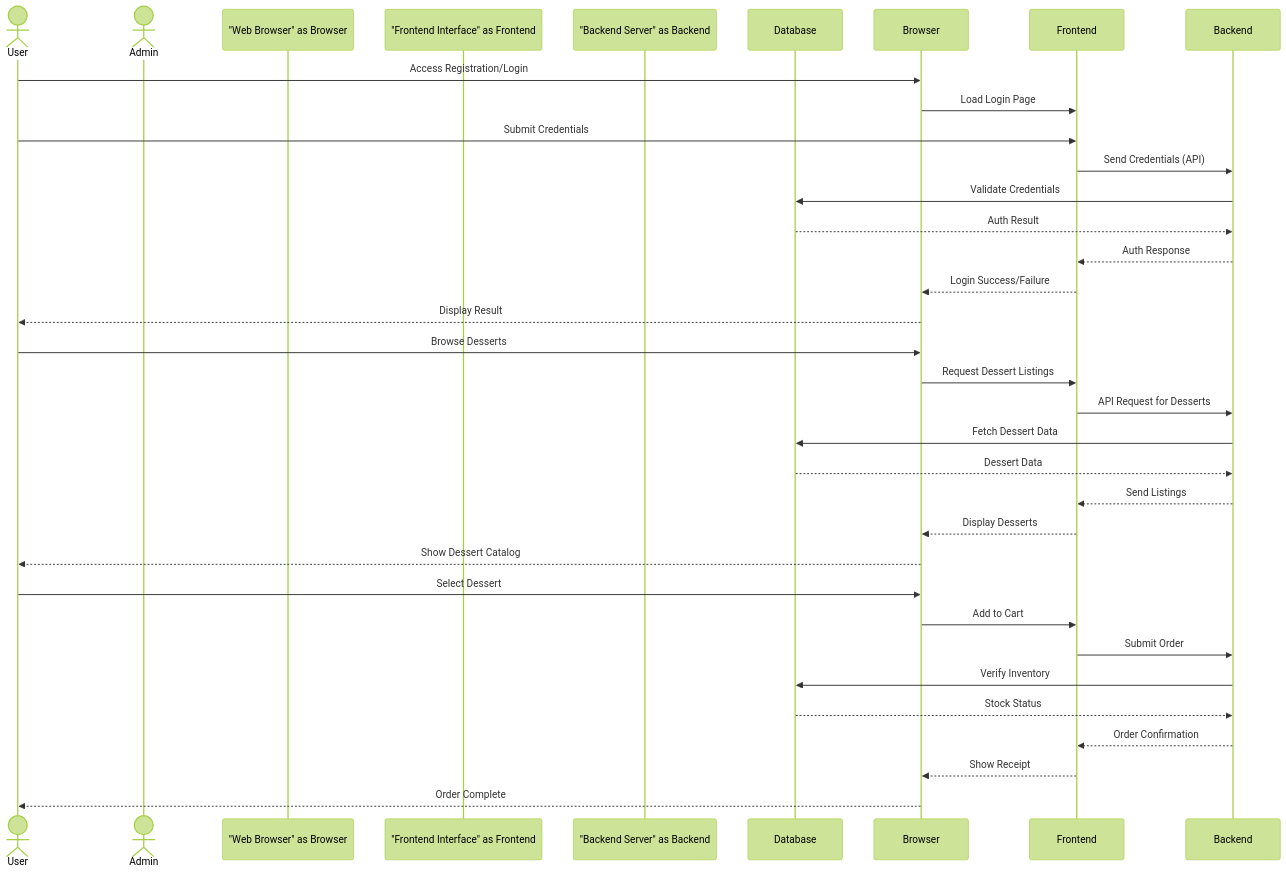
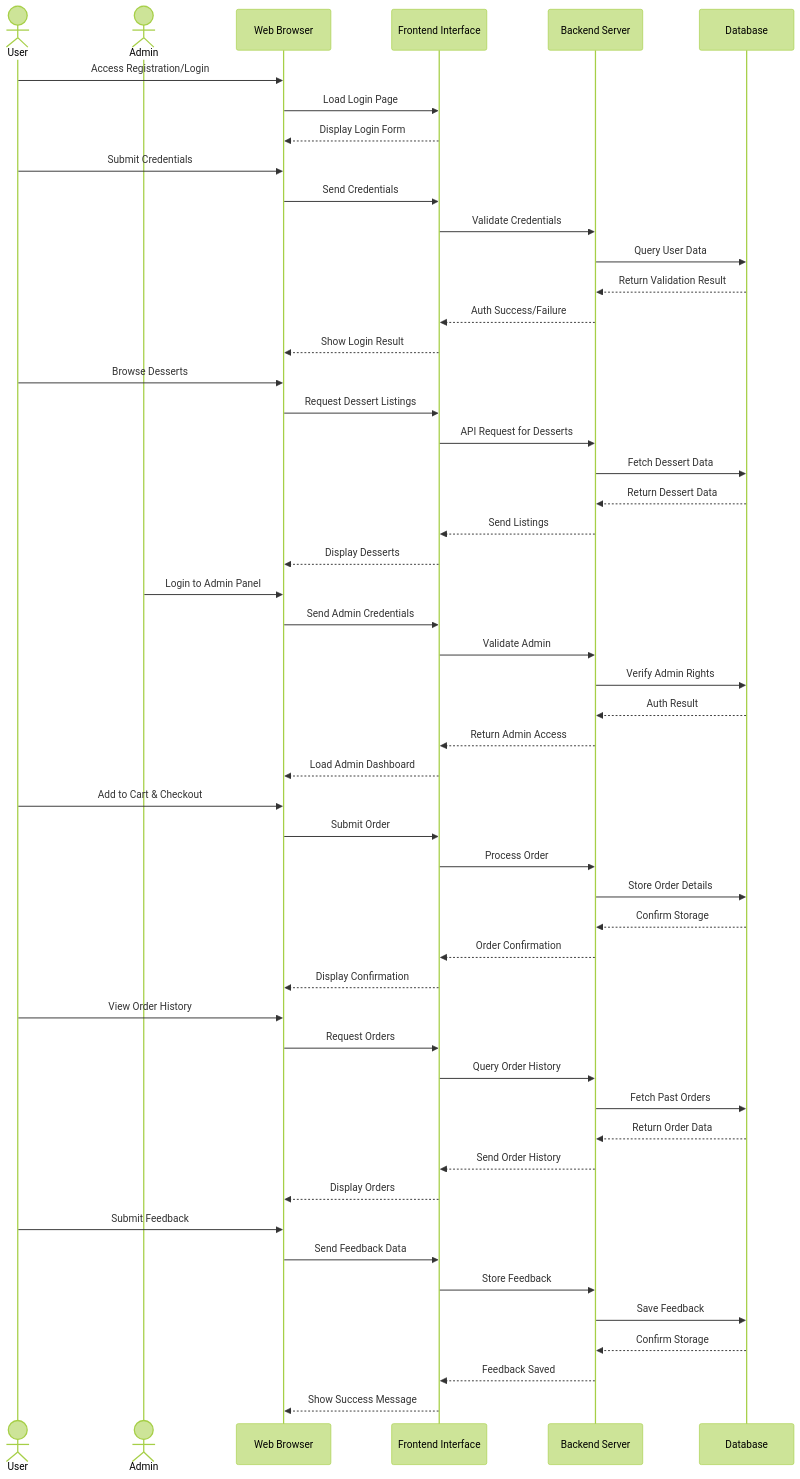
The second of 2 diagrams in README.md (5aizo/WebFinalProject), drawn with Mermaid (forest theme) before and after one commit.

````diff
--- a/README.md
+++ b/README.md
@@ -110,40 +110,66 @@
 ```mermaid
 sequenceDiagram
     actor User
     actor Admin
-    participant "Web Browser" as Browser
-    participant "Frontend Interface" as Frontend
-    participant "Backend Server" as Backend
+    participant Web Browser
+    participant Frontend Interface
+    participant Backend Server
     participant Database
 
-    %% User Registration & Login
-    User->>Browser: Access Registration/Login
-    Browser->>Frontend: Load Login Page
-    User->>Frontend: Submit Credentials
-    Frontend->>Backend: Send Credentials (API)
-    Backend->>Database: Validate Credentials
-    Database-->>Backend: Auth Result
-    Backend-->>Frontend: Auth Response
-    Frontend-->>Browser: Login Success/Failure
-    Browser-->>User: Display Result
+    %% --- User Registration & Login ---
+    User ->> Web Browser: Access Registration/Login
+    Web Browser ->> Frontend Interface: Load Login Page
+    Frontend Interface -->> Web Browser: Display Login Form
+    User ->> Web Browser: Submit Credentials
+    Web Browser ->> Frontend Interface: Send Credentials
+    Frontend Interface ->> Backend Server: Validate Credentials
+    Backend Server ->> Database: Query User Data
+    Database -->> Backend Server: Return Validation Result
+    Backend Server -->> Frontend Interface: Auth Success/Failure
+    Frontend Interface -->> Web Browser: Show Login Result
 
-    %% Browsing Desserts
-    User->>Browser: Browse Desserts
-    Browser->>Frontend: Request Dessert Listings
-    Frontend->>Backend: API Request for Desserts
-    Backend->>Database: Fetch Dessert Data
-    Database-->>Backend: Dessert Data
-    Backend-->>Frontend: Send Listings
-    Frontend-->>Browser: Display Desserts
-    Browser-->>User: Show Dessert Catalog
+    %% --- Browsing Desserts ---
+    User ->> Web Browser: Browse Desserts
+    Web Browser ->> Frontend Interface: Request Dessert Listings
+    Frontend Interface ->> Backend Server: API Request for Desserts
+    Backend Server ->> Database: Fetch Dessert Data
+    Database -->> Backend Server: Return Dessert Data
+    Backend Server -->> Frontend Interface: Send Listings
+    Frontend Interface -->> Web Browser: Display Desserts
 
-    %% Placing an Order (Simplified)
-    User->>Browser: Select Dessert
-    Browser->>Frontend: Add to Cart
-    Frontend->>Backend: Submit Order
-    Backend->>Database: Verify Inventory
-    Database-->>Backend: Stock Status
-    Backend-->>Frontend: Order Confirmation
-    Frontend-->>Browser: Show Receipt
-    Browser-->>User: Order Complete
+    %% --- Admin Login & Management ---
+    Admin ->> Web Browser: Login to Admin Panel
+    Web Browser ->> Frontend Interface: Send Admin Credentials
+    Frontend Interface ->> Backend Server: Validate Admin
+    Backend Server ->> Database: Verify Admin Rights
+    Database -->> Backend Server: Auth Result
+    Backend Server -->> Frontend Interface: Return Admin Access
+    Frontend Interface -->> Web Browser: Load Admin Dashboard
+
+    %% --- Add to Cart & Checkout ---
+    User ->> Web Browser: Add to Cart & Checkout
+    Web Browser ->> Frontend Interface: Submit Order
+    Frontend Interface ->> Backend Server: Process Order
+    Backend Server ->> Database: Store Order Details
+    Database -->> Backend Server: Confirm Storage
+    Backend Server -->> Frontend Interface: Order Confirmation
+    Frontend Interface -->> Web Browser: Display Confirmation
+
+    %% --- View Order History ---
+    User ->> Web Browser: View Order History
+    Web Browser ->> Frontend Interface: Request Orders
+    Frontend Interface ->> Backend Server: Query Order History
+    Backend Server ->> Database: Fetch Past Orders
+    Database -->> Backend Server: Return Order Data
+    Backend Server -->> Frontend Interface: Send Order History
+    Frontend Interface -->> Web Browser: Display Orders
+
+    %% --- Submit Feedback ---
+    User ->> Web Browser: Submit Feedback
+    Web Browser ->> Frontend Interface: Send Feedback Data
+    Frontend Interface ->> Backend Server: Store Feedback
+    Backend Server ->> Database: Save Feedback
+    Database -->> Backend Server: Confirm Storage
+    Backend Server -->> Frontend Interface: Feedback Saved
+    Frontend Interface -->> Web Browser: Show Success Message
 ```
````
